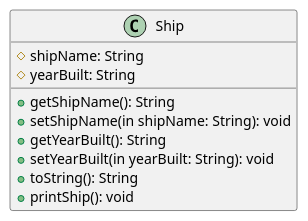
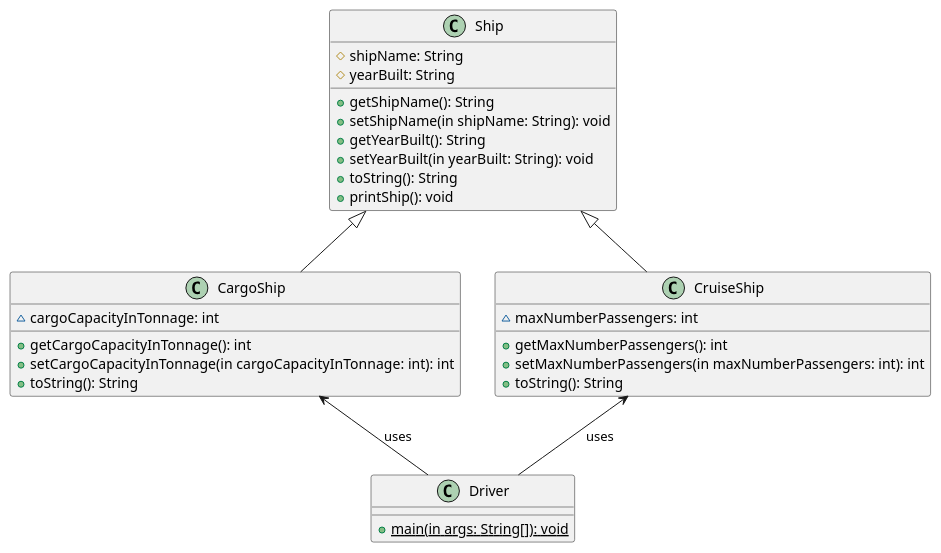
One commit to Simon-D-Nguyen/CS-4800HW3 changed the diagram in ClassDiagrams/Polymorphism.puml. Above: the diagram before and after it, drawn with PlantUML.

Commit message:
Finished Polymorphism.puml

```diff
--- a/ClassDiagrams/Polymorphism.puml
+++ b/ClassDiagrams/Polymorphism.puml
@@ -1,18 +1,44 @@
 @startuml
 'https://plantuml.com/class-diagram
 
 class Ship {
 # shipName: String
 # yearBuilt: String
 
 + getShipName(): String
 + setShipName(in shipName: String): void
 + getYearBuilt(): String
 + setYearBuilt(in yearBuilt: String): void
 + toString(): String
 + printShip(): void
 }
 
 
+class CargoShip {
+~ cargoCapacityInTonnage: int
+
++ getCargoCapacityInTonnage(): int
++ setCargoCapacityInTonnage(in cargoCapacityInTonnage: int): int
++ toString(): String
+}
+
+class CruiseShip {
+~ maxNumberPassengers: int
+
++ getMaxNumberPassengers(): int
++ setMaxNumberPassengers(in maxNumberPassengers: int): int
++ toString(): String
+}
+
+Ship <|-- CargoShip
+Ship <|-- CruiseShip
+
+
+class Driver {
++ {static} main(in args: String[]): void
+}
+
+CargoShip <-- Driver : uses
+CruiseShip <-- Driver: uses
 
 @enduml
```
